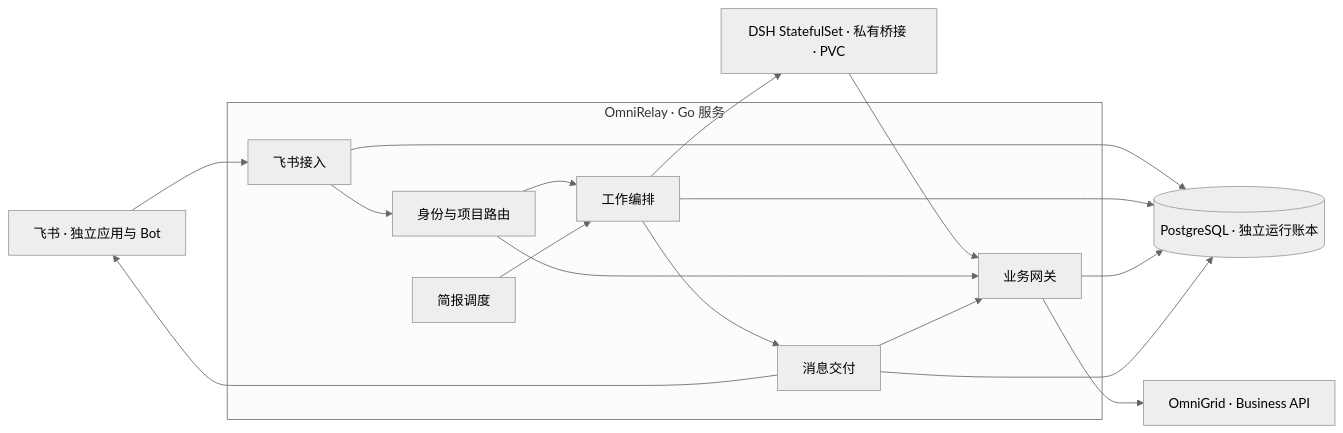
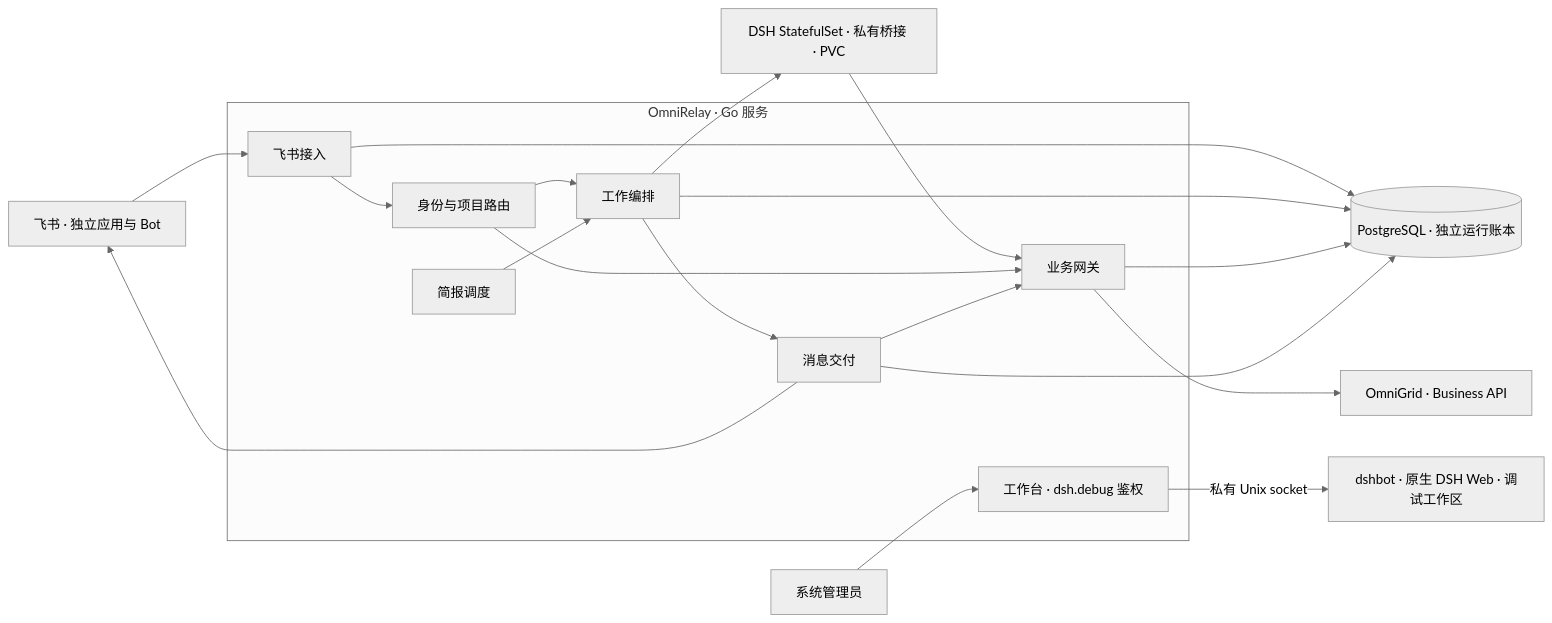
Before and after one commit to uniquechao/OmniRelay: the diagram in design/specs/omni-relay-module-design.md, drawn with Mermaid (neutral theme). The commit also changed other lines of this file and 21 other files, not shown here.

Commit message:
Enable the admin-only native DSH debug workbench

````diff
--- a/design/specs/omni-relay-module-design.md
+++ b/design/specs/omni-relay-module-design.md
@@ -35,29 +36,32 @@
 ```mermaid
 flowchart LR
     Feishu["飞书 · 独立应用与 Bot"]
     subgraph Go["OmniRelay · Go 服务"]
         Ingress["飞书接入"]
         Routing["身份与项目路由"]
         Control["工作编排"]
         Schedule["简报调度"]
         Gate["业务网关"]
+        DebugEntry["工作台 · dsh.debug 鉴权"]
         Delivery["消息交付"]
         Ingress --> Routing --> Control
         Schedule --> Control
         Control --> Delivery
     end
     Store[("PostgreSQL · 独立运行账本")]
     DSH["DSH StatefulSet · 私有桥接 · PVC"]
+    Admin["系统管理员"] --> DebugEntry
+    DebugEntry -->|私有 Unix socket| Debug["dshbot · 原生 DSH Web · 调试工作区"]
     Grid["OmniGrid · Business API"]
     Feishu --> Ingress
     Ingress --> Store
     Control --> Store
     Gate --> Store
     Delivery --> Store
     Control --> DSH
     DSH --> Gate
     Routing --> Gate
     Delivery --> Gate
     Gate --> Grid
     Delivery --> Feishu
 ```
````
